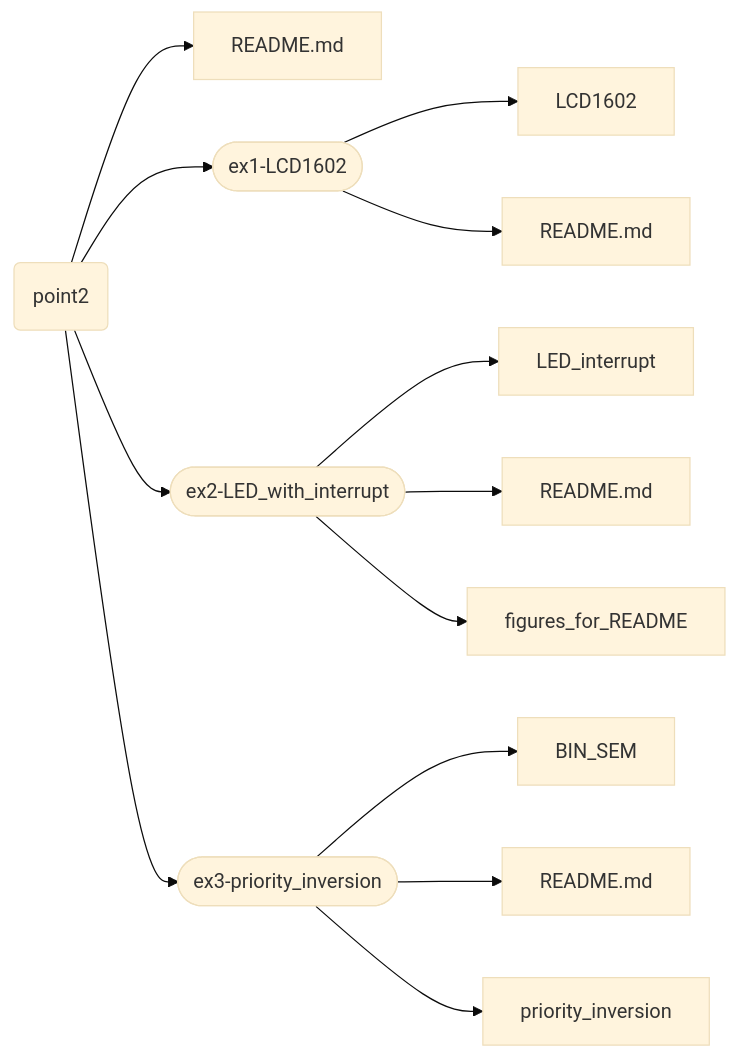
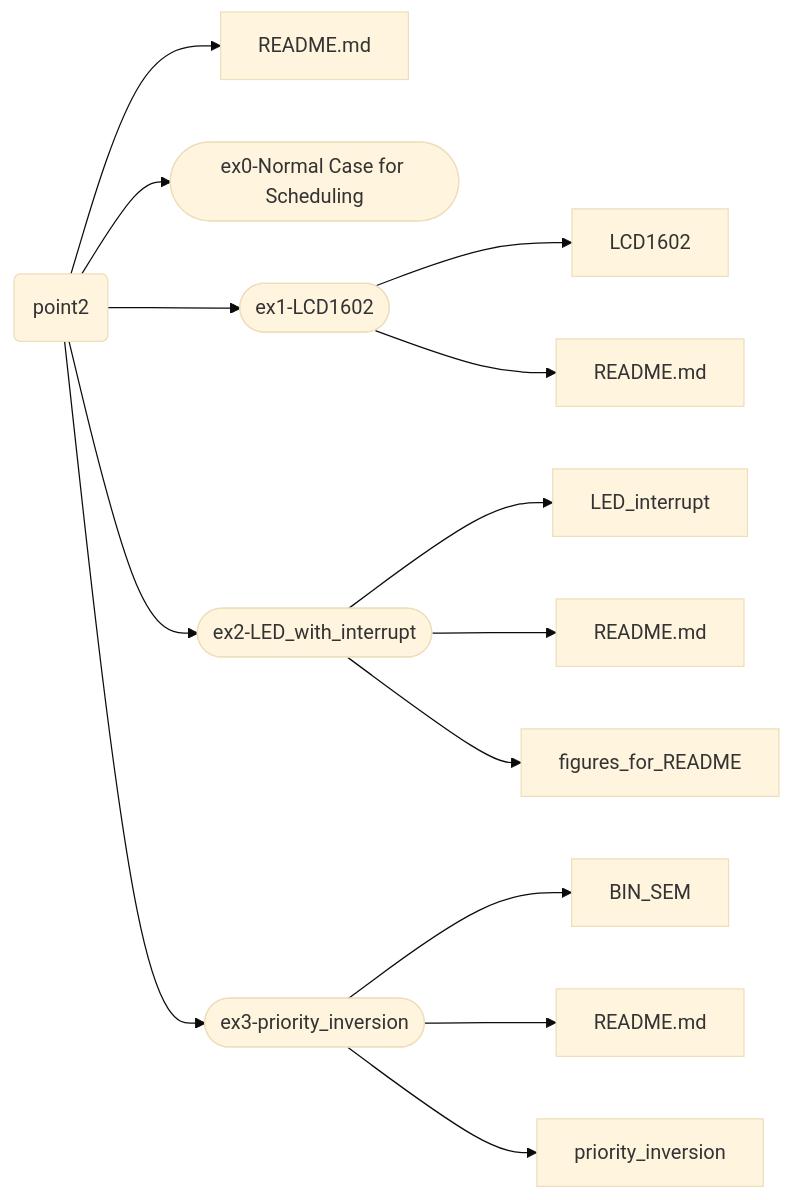
The third of 4 diagrams in README.md (smokyisthatyou/STM32Nucleo64), drawn with Mermaid before and after one commit. The commit also changed other lines of this file, not shown here.

````diff
--- a/README.md
+++ b/README.md
@@ -59,35 +61,36 @@
 ```mermaid
 %%{init: {'theme':'base'}}%%
 graph LR;
 A[README.md];
 B[README.md];
 C[README.md];
 D[README.md];
 p2(point2)
+p2-->dir4([ex0-Normal Case for Scheduling]);
 p2-->A;
 p2-->dir1([ex1-LCD1602]);
 p2-->dir2([ex2-LED_with_interrupt]);
 p2-->dir3([ex3-priority_inversion]);
 dir1-->LCD1602;
 dir1-->D;
 dir2-->LED_interrupt;
 dir2-->B;
 dir2-->figures_for_README;
 dir3-->BIN_SEM;
 dir3-->C;
 dir3-->priority_inversion;
 
 click p2 href "https://baltig.polito.it/caos2023/group2/-/tree/point2" "Link to point2";
 click README.md href "https://baltig.polito.it/caos2023/group2/-/blob/point2/README.md" "Link to README.md";
 click dir2 href "https://baltig.polito.it/caos2023/group2/-/tree/point2/ex2-LED_with_interrupt" "Link to ex2-LED_with_interrupt";
 click LED_interrupt href "https://baltig.polito.it/caos2023/group2/-/tree/point2/ex2-LED_with_interrupt/LED_interrupt" "Link to LED_interrupt";
 click B href "https://baltig.polito.it/caos2023/group2/-/tree/point2/ex2-LED_with_Interrupt/README.md" "Link to README.md";
 click figures_for_README href "https://baltig.polito.it/caos2023/group2/-/tree/point2/ex2-LED_with_interrupt/figures_for_README" "Link to figures_for_README";
 click dir3 href "https://baltig.polito.it/caos2023/group2/-/tree/point2/ex3-priority_inversion";
 click BIN_SEM href "https://baltig.polito.it/caos2023/group2/-/tree/point2/ex3-priority_inversion/BIN_SEM";
 click priority_inversion href "https://baltig.polito.it/caos2023/group2/-/tree/point2/ex3-priority_inversion/priority_inversion";
 click C href "https://baltig.polito.it/caos2023/group2/-/tree/point2/ex3-priority_inversion/README.md" "Link to README.md";
 click dir1 href "https://baltig.polito.it/caos2023/group2/-/tree/point2/ex1-LCD1602" "Link to ex1-LCD1602";
 click D href "https://baltig.polito.it/caos2023/group2/-/tree/point2/ex1-LCD1602/README.md" "Link to README.md";
 click LCD1602 href "https://baltig.polito.it/caos2023/group2/-/tree/point2/ex1-LCD1602/LCD1602" "Link to LCD1602";
 ```
````
